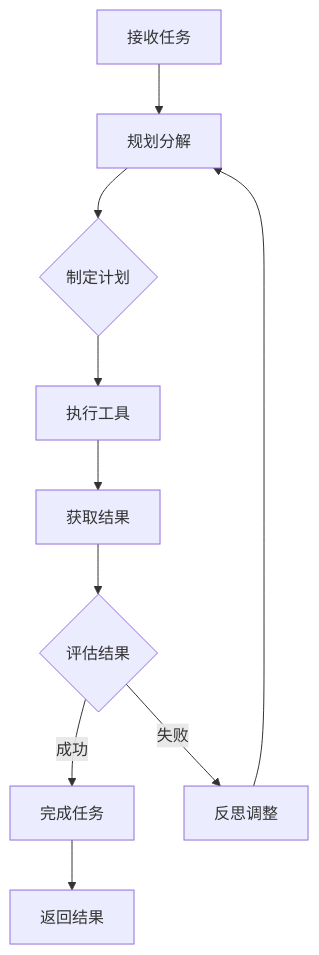
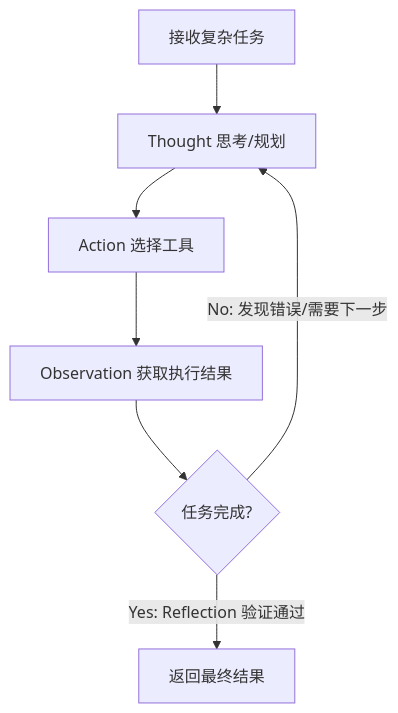
One commit to zenHeart/learn-ai changed the diagram in ppts/agent/02.loop.md. Above: the diagram before and after it, drawn with Mermaid. The commit also changed other lines of this file and 28 other files, not shown here.

````diff
--- a/ppts/agent/02.loop.md
+++ b/ppts/agent/02.loop.md
@@ -11,12 +75,9 @@
 ```mermaid
 flowchart TD
-    A[接收任务] --> B[规划分解]
-    B --> C{制定计划}
-    C --> D[执行工具]
-    D --> E[获取结果]
-    E --> F{评估结果}
-    F -->|成功| G[完成任务]
-    F -->|失败| H[反思调整]
-    H --> B
-    G --> I[返回结果]
+    A[接收复杂任务] --> B[Thought 思考/规划]
+    B --> C[Action 选择工具]
+    C --> D[Observation 获取执行结果]
+    D --> E{任务完成?}
+    E -->|No: 发现错误/需要下一步| B
+    E -->|Yes: Reflection 验证通过| F[返回最终结果]
 ```
````
